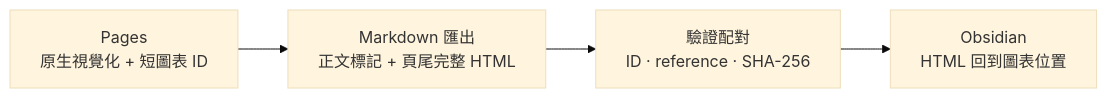
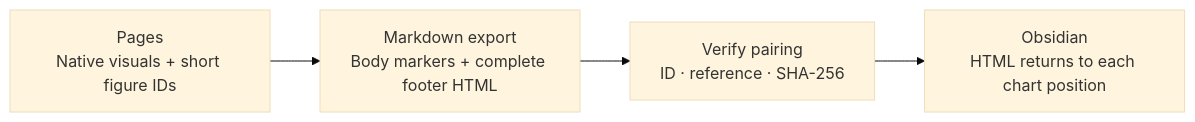
One commit to DLeungDL/obsidian-gpt-pages-importer changed the diagram in README.md. Above: the diagram before and after it, drawn with Mermaid (base theme). The commit also changed other lines of this file and 5 other files, not shown here.

````diff
--- a/README.md
+++ b/README.md
@@ -131,6 +113,6 @@
 ```mermaid
 flowchart LR
-    A["Pages<br/>原生視覺化 + 短圖表 ID"] --> B["Markdown 匯出<br/>正文標記 + 頁尾完整 HTML"]
-    B --> C["驗證配對<br/>ID · reference · SHA-256"]
-    C --> D["Obsidian<br/>HTML 回到圖表位置"]
+    A["Pages<br/>Native visuals + short figure IDs"] --> B["Markdown export<br/>Body markers + complete footer HTML"]
+    B --> C["Verify pairing<br/>ID · reference · SHA-256"]
+    C --> D["Obsidian<br/>HTML returns to each chart position"]
 ```
````
